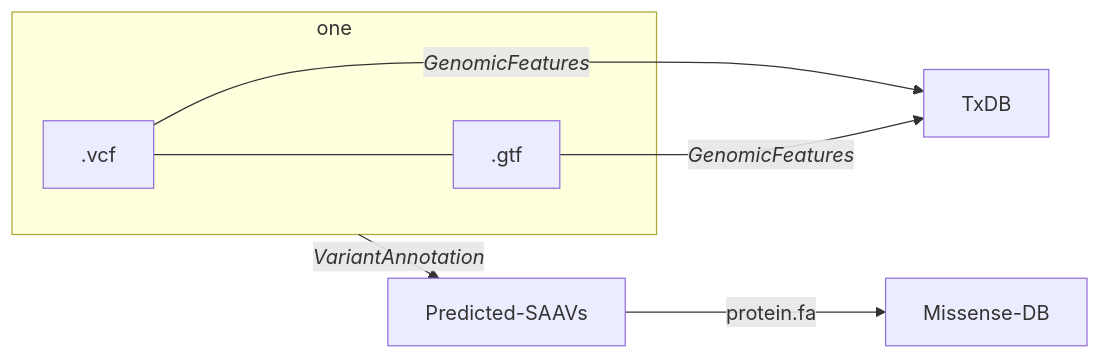
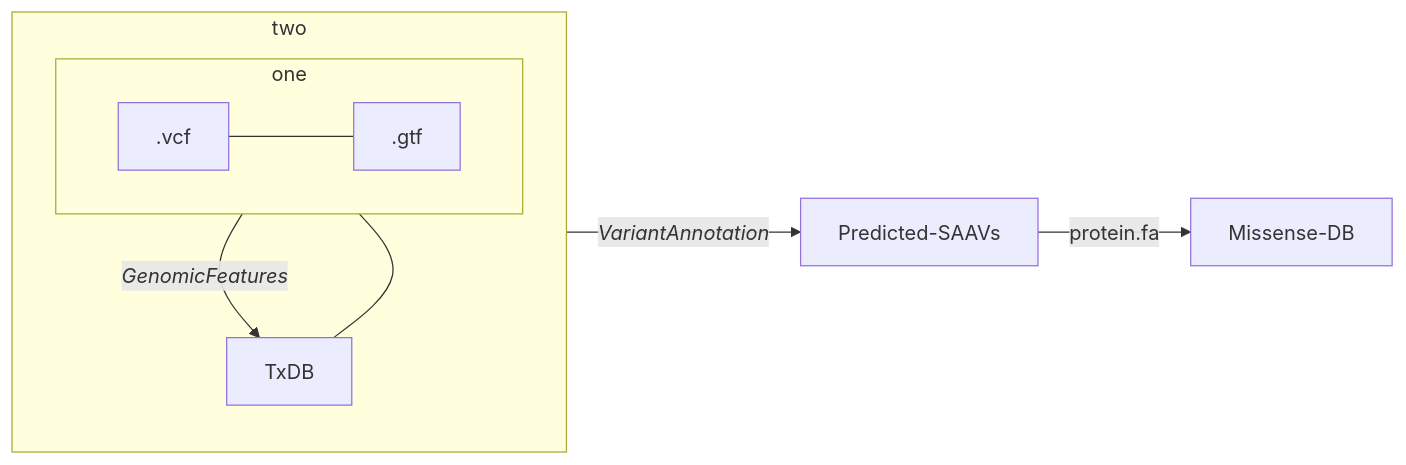
One commit to hdesai17/chemoproteogenomics changed the diagram in README.md. Above: the diagram before and after it, drawn with Mermaid.

````diff
--- a/README.md
+++ b/README.md
@@ -19,11 +19,13 @@
 ```mermaid
 
 flowchart LR;
    subgraph one
    .vcf---.gtf
    end
-   .vcf-->|<i>GenomicFeatures<i>|TxDB
-   .gtf-->|<i>GenomicFeatures<i>|TxDB
-   one-->|<i>VariantAnnotation<i>|Predicted-SAAVs
+   one-->|<i>GenomicFeatures<i>|TxDB
+   subgraph two
+   one---TxDB
+   end
+   two-->|<i>VariantAnnotation<i>|Predicted-SAAVs
    Predicted-SAAVs-->|protein.fa|Missense-DB;
 ```
````
